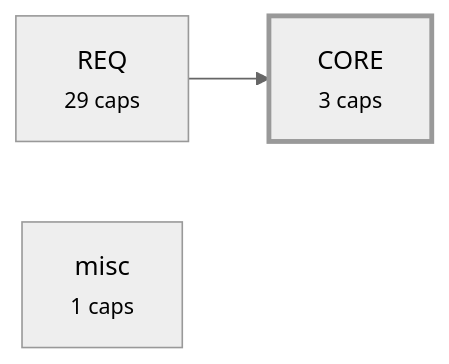
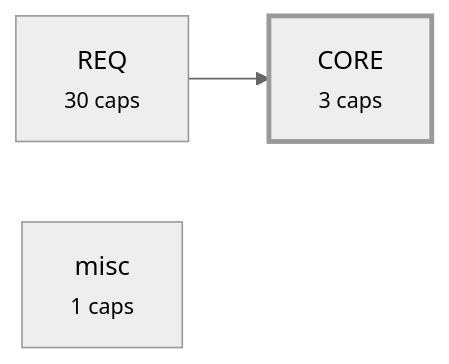
Before and after one commit to alxmax/Requirement-manager: the third of 4 diagrams in plugin/requirements/_map.md, drawn with Mermaid (neutral theme). The commit also changed other lines of this file and 11 other files, not shown here.

````diff
--- a/plugin/requirements/_map.md
+++ b/plugin/requirements/_map.md
@@ -255,8 +262,8 @@
 ```mermaid
 graph LR
   a_CORE["CORE<br><small>3 caps</small>"]
-  a_REQ["REQ<br><small>29 caps</small>"]
+  a_REQ["REQ<br><small>30 caps</small>"]
   a_misc["misc<br><small>1 caps</small>"]
   a_REQ --> a_CORE
   style a_CORE stroke-width:3px
 ```
````
